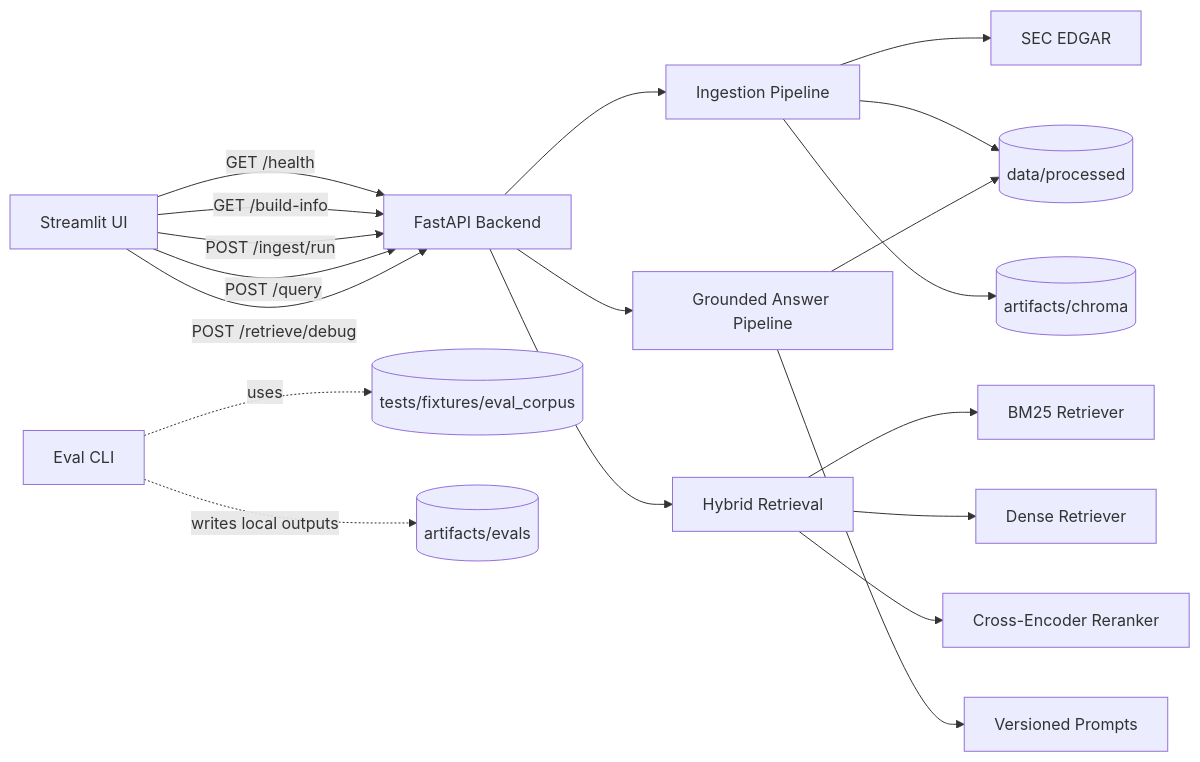
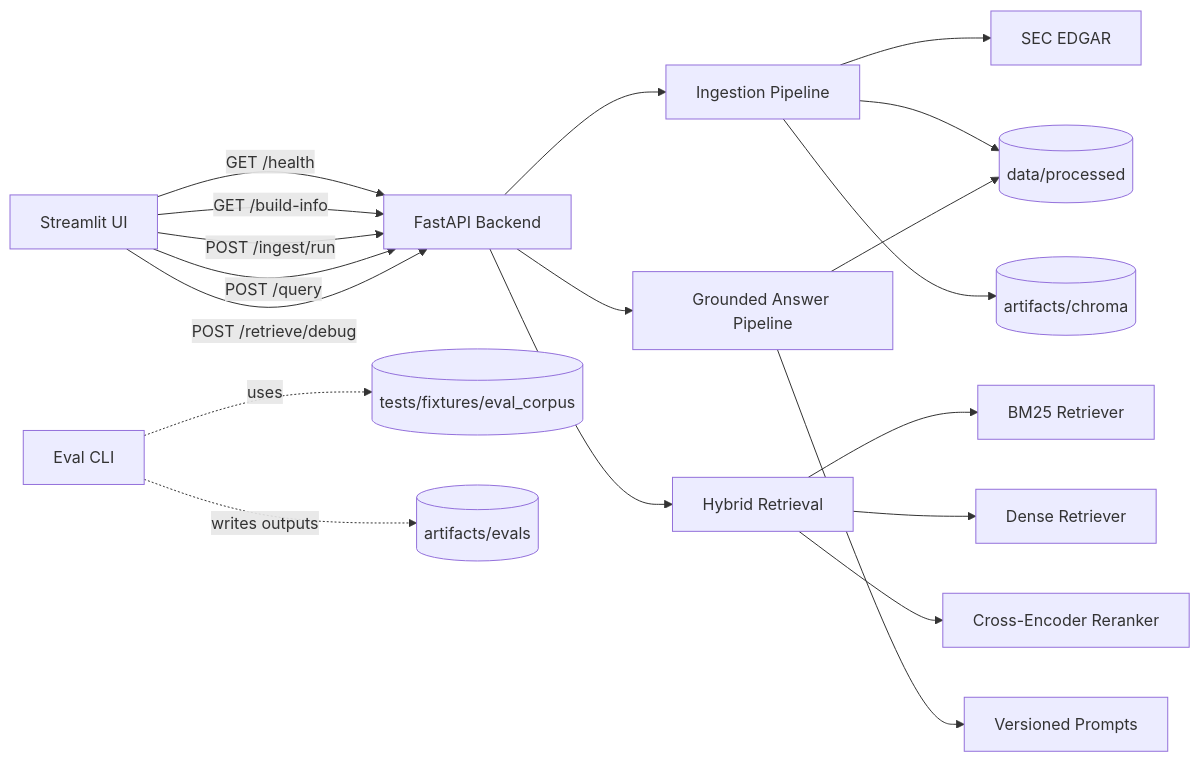
The diagram in README.md (shreyashreddyk/sec-filing-intelligence-copilot), drawn with Mermaid before and after one commit. The commit also changed other lines of this file, not shown here.

````diff
--- a/README.md
+++ b/README.md
@@ -36,24 +40,24 @@
 ```mermaid
 flowchart LR
     UI[Streamlit UI] -->|GET /health| API[FastAPI Backend]
     UI -->|GET /build-info| API
     UI -->|POST /ingest/run| API
     UI -->|POST /query| API
     UI -->|POST /retrieve/debug| API
 
     API --> INGEST[Ingestion Pipeline]
     INGEST --> SEC[SEC EDGAR]
     INGEST --> DATA[(data/processed)]
     INGEST --> CHROMA[(artifacts/chroma)]
 
     API --> RET[Hybrid Retrieval]
     RET --> BM25[BM25 Retriever]
     RET --> DENSE[Dense Retriever]
     RET --> RERANK[Cross-Encoder Reranker]
     API --> GEN[Grounded Answer Pipeline]
     GEN --> PROMPTS[Versioned Prompts]
     GEN --> DATA
 
     EVAL[Eval CLI] -.uses.-> FIXTURE[(tests/fixtures/eval_corpus)]
-    EVAL -.writes local outputs.-> EVA[(artifacts/evals)]
+    EVAL -.writes outputs.-> EVA[(artifacts/evals)]
 ```
````
